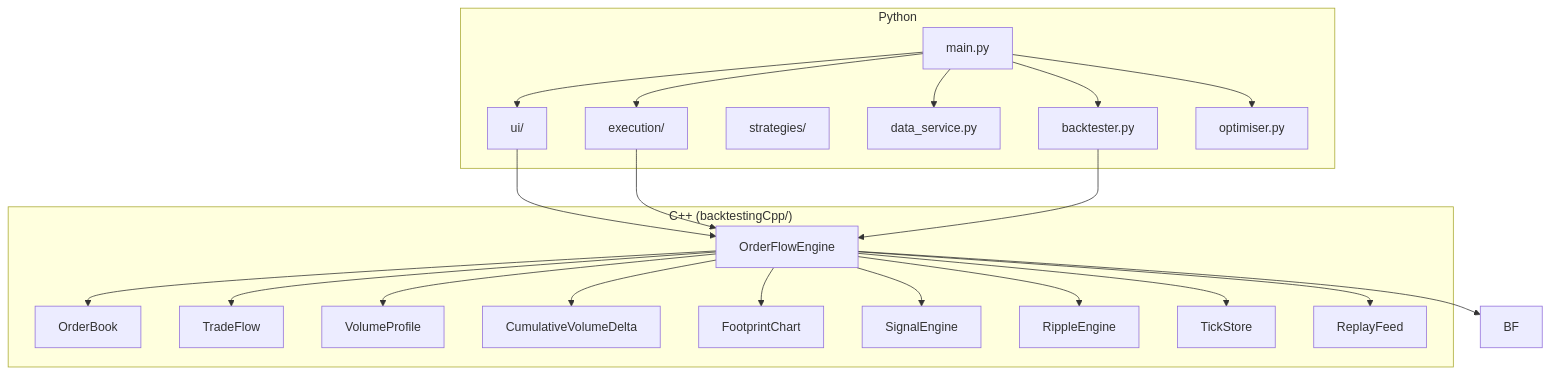
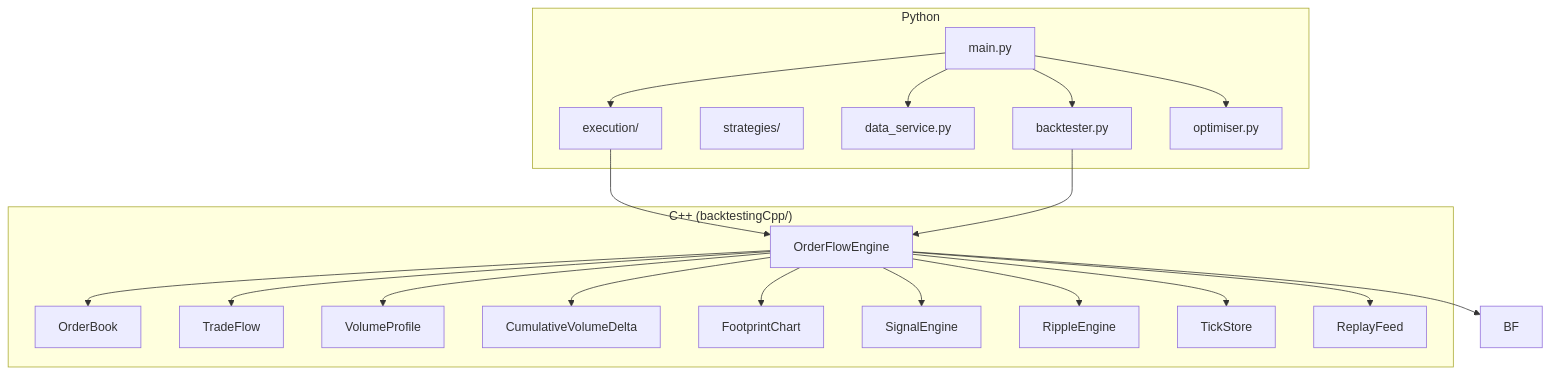
Before and after one commit to Centheos1/trading: the first of 3 diagrams in implementation_plan.md, drawn with Mermaid. The commit also changed other lines of this file and 1618 other files, not shown here.

````diff
--- a/implementation_plan.md
+++ b/implementation_plan.md
@@ -21,44 +21,41 @@
 ```mermaid
 flowchart TB
     subgraph CPP ["C++ (backtestingCpp/)"]
         OFE[OrderFlowEngine]
         OB[OrderBook]
         TF[TradeFlow]
         VP[VolumeProfile]
         CVD_CPP[CumulativeVolumeDelta]
         FP[FootprintChart]
         SE[SignalEngine]
         RE[RippleEngine]
         TS[TickStore]
         RF[ReplayFeed]
     end
 
     subgraph PY ["Python"]
         MAIN[main.py]
-        UI[ui/]
         EXEC[execution/]
         STRAT[strategies/]
         DS[data_service.py]
         BT[backtester.py]
         OPT[optimiser.py]
     end
 
-    MAIN --> UI
     MAIN --> EXEC
     MAIN --> BT
     MAIN --> OPT
     MAIN --> DS
-    UI --> OFE
     EXEC --> OFE
     BT --> OFE
     OFE --> OB
     OFE --> TF
     OFE --> VP
     OFE --> CVD_CPP
     OFE --> FP
     OFE --> SE
     OFE --> RE
     OFE --> TS
     OFE --> RF
     OFE --> BF
 ```
````
